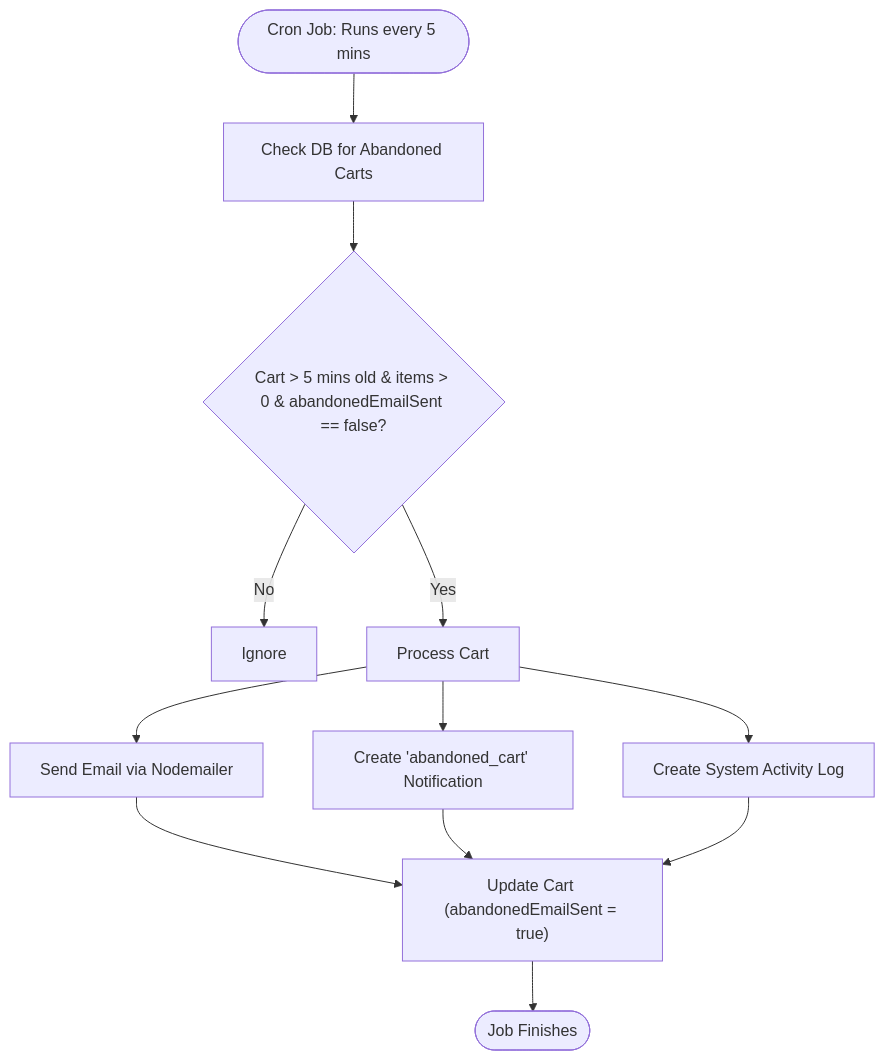
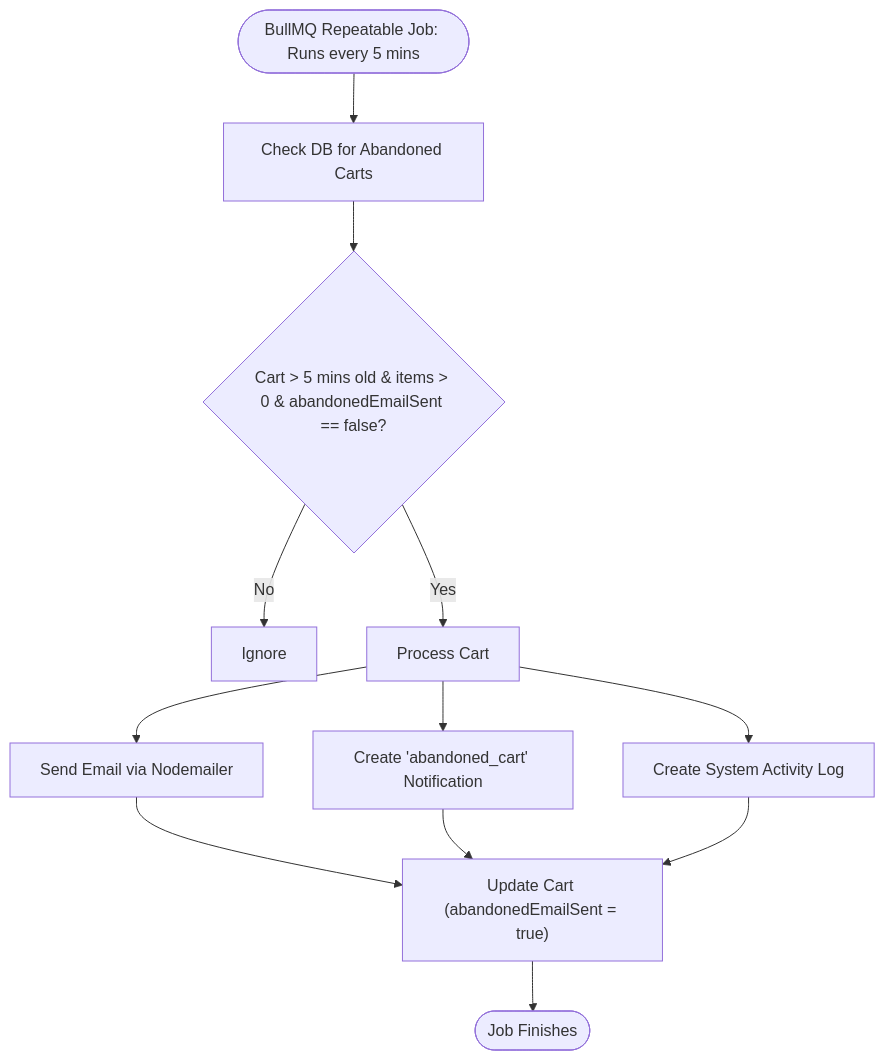
Diagram 11 of 12 in architecture_diagrams.md (Narendrakaduru/QuickCart), drawn with Mermaid before and after one commit. The commit also changed other lines of this file and 10 other files, not shown here.

````diff
--- a/architecture_diagrams.md
+++ b/architecture_diagrams.md
@@ -607,16 +615,16 @@
 ```mermaid
 flowchart TD
-    A([Cron Job: Runs every 5 mins]) --> B["Check DB for Abandoned Carts"]
+    A([BullMQ Repeatable Job: Runs every 5 mins]) --> B["Check DB for Abandoned Carts"]
     B --> C{"Cart > 5 mins old & items > 0 & abandonedEmailSent == false?"}
     C -- No --> D["Ignore"]
     C -- Yes --> E["Process Cart"]
     
     E --> F["Send Email via Nodemailer"]
     E --> G["Create 'abandoned_cart' Notification"]
     E --> H["Create System Activity Log"]
     
     F --> I["Update Cart (abandonedEmailSent = true)"]
     G --> I
     H --> I
     I --> J([Job Finishes])
 ```
````
